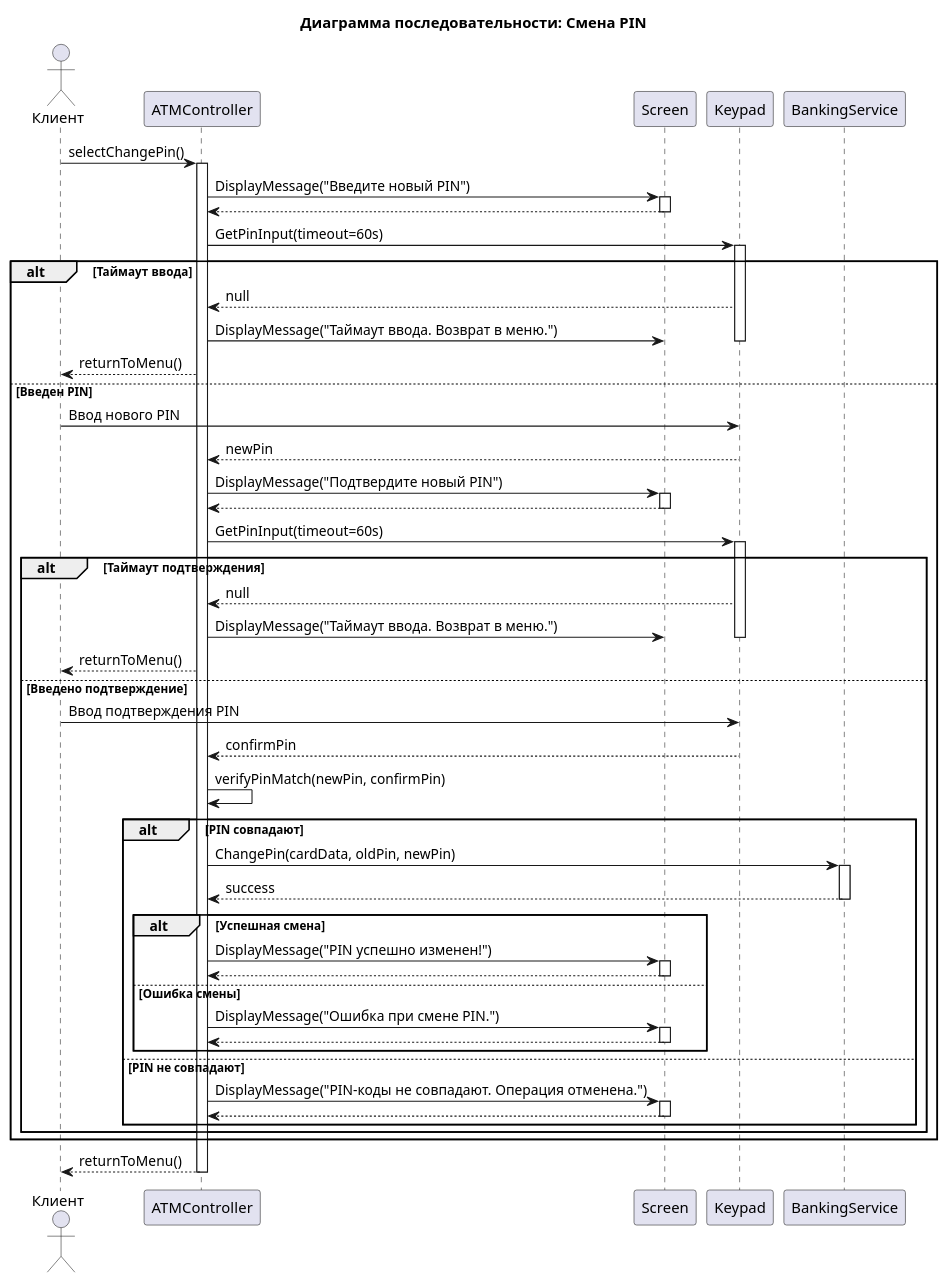
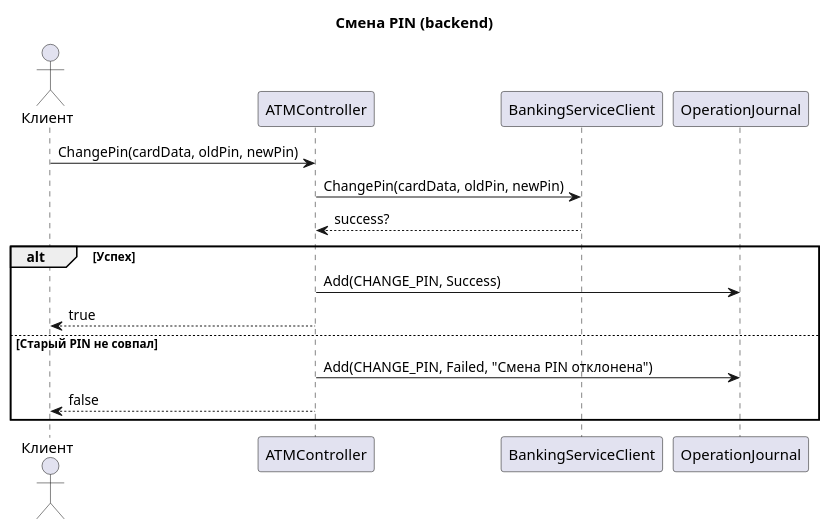
One commit to penamarth/bsbo-16-23_team5_var1_atm changed the diagram in Прецеденты/Смена ПИН-кода/sequence_diagram.puml. Above: the diagram before and after it, drawn with PlantUML. The commit also changed 22 other files, not shown here.

```diff
--- a/Прецеденты/Смена ПИН-кода/sequence_diagram.puml
+++ b/Прецеденты/Смена ПИН-кода/sequence_diagram.puml
@@ -1,80 +1,19 @@
 @startuml
-title Диаграмма последовательности: Смена PIN
+title Смена PIN (backend)
+actor Клиент as Client
+participant ATMController as Controller
+participant BankingServiceClient as Banking
+participant OperationJournal as Journal
 
-actor "Клиент" as Client
-participant "ATMController" as Controller
-participant "Screen" as Screen
-participant "Keypad" as Keypad
-participant "BankingService" as Banking
+Client -> Controller: ChangePin(cardData, oldPin, newPin)
+Controller -> Banking: ChangePin(cardData, oldPin, newPin)
+Banking --> Controller: success?
 
-Client -> Controller: selectChangePin()
-activate Controller
-
-Controller -> Screen: DisplayMessage("Введите новый PIN")
-activate Screen
-Screen --> Controller:
-deactivate Screen
-
-Controller -> Keypad: GetPinInput(timeout=60s)
-activate Keypad
-
-alt Таймаут ввода
-    Keypad --> Controller: null
-    Controller -> Screen: DisplayMessage("Таймаут ввода. Возврат в меню.")
-    deactivate Keypad
-    Controller --> Client: returnToMenu()
-else Введен PIN
-    Client -> Keypad: Ввод нового PIN
-    Keypad --> Controller: newPin
-    deactivate Keypad
-    
-    Controller -> Screen: DisplayMessage("Подтвердите новый PIN")
-    activate Screen
-    Screen --> Controller:
-    deactivate Screen
-    
-    Controller -> Keypad: GetPinInput(timeout=60s)
-    activate Keypad
-    
-    alt Таймаут подтверждения
-        Keypad --> Controller: null
-        Controller -> Screen: DisplayMessage("Таймаут ввода. Возврат в меню.")
-        deactivate Keypad
-        Controller --> Client: returnToMenu()
-    else Введено подтверждение
-        Client -> Keypad: Ввод подтверждения PIN
-        Keypad --> Controller: confirmPin
-        deactivate Keypad
-        
-        Controller -> Controller: verifyPinMatch(newPin, confirmPin)
-        
-        alt PIN совпадают
-            Controller -> Banking: ChangePin(cardData, oldPin, newPin)
-            activate Banking
-            Banking --> Controller: success
-            deactivate Banking
-            
-            alt Успешная смена
-                Controller -> Screen: DisplayMessage("PIN успешно изменен!")
-                activate Screen
-                Screen --> Controller:
-                deactivate Screen
-            else Ошибка смены
-                Controller -> Screen: DisplayMessage("Ошибка при смене PIN.")
-                activate Screen
-                Screen --> Controller:
-                deactivate Screen
-            end
-        else PIN не совпадают
-            Controller -> Screen: DisplayMessage("PIN-коды не совпадают. Операция отменена.")
-            activate Screen
-            Screen --> Controller:
-            deactivate Screen
-        end
-    end
+alt Успех
+    Controller -> Journal: Add(CHANGE_PIN, Success)
+    Controller --> Client: true
+else Старый PIN не совпал
+    Controller -> Journal: Add(CHANGE_PIN, Failed, "Смена PIN отклонена")
+    Controller --> Client: false
 end
-
-Controller --> Client: returnToMenu()
-deactivate Controller
-
 @enduml
```
